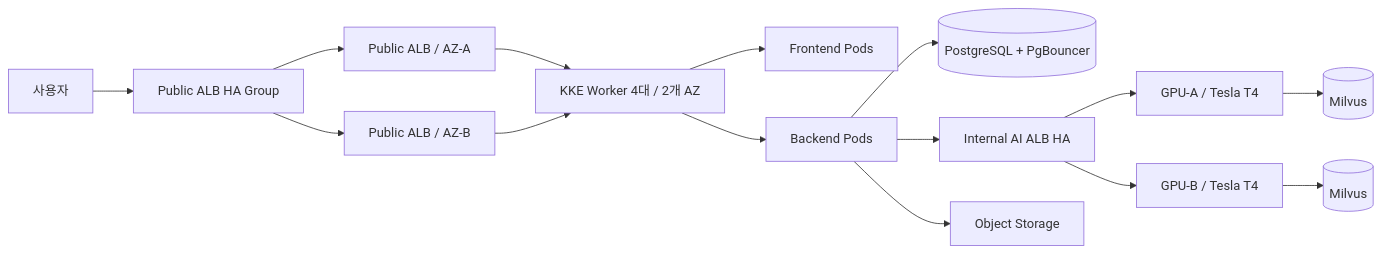
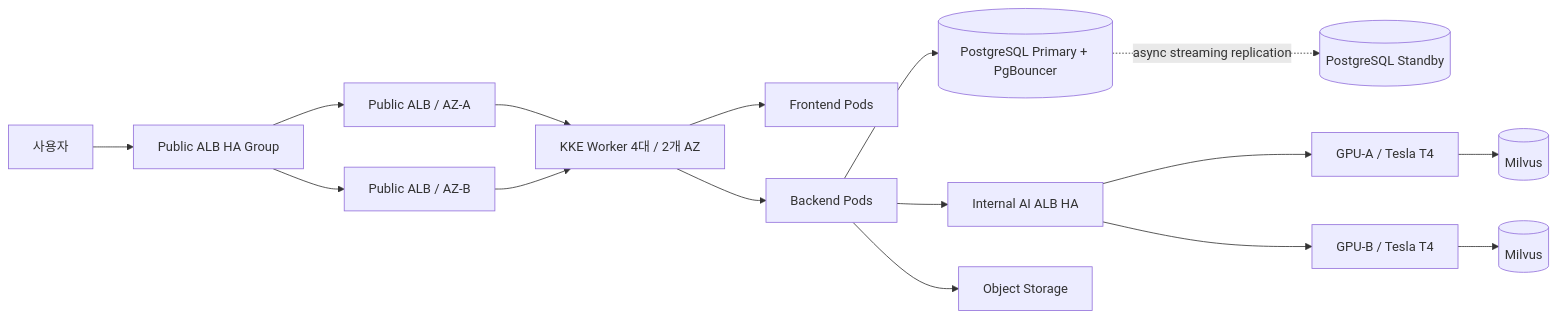
The diagram in README.md (dnddlek8275/Musubi-Movie-Recommended-Site), drawn with Mermaid before and after one commit. The commit also changed other lines of this file and 41 other files, not shown here.

````diff
--- a/README.md
+++ b/README.md
@@ -26,17 +26,18 @@
 ```mermaid
 flowchart LR
     U[사용자] --> PH[Public ALB HA Group]
     PH --> PA[Public ALB / AZ-A]
     PH --> PB[Public ALB / AZ-B]
     PA --> K[KKE Worker 4대 / 2개 AZ]
     PB --> K
     K --> F[Frontend Pods]
     K --> B[Backend Pods]
-    B --> DB[(PostgreSQL + PgBouncer)]
+    B --> DBP[(PostgreSQL Primary + PgBouncer)]
+    DBP -. async streaming replication .-> DBS[(PostgreSQL Standby)]
     B --> AH[Internal AI ALB HA]
     AH --> GA[GPU-A / Tesla T4]
     AH --> GB[GPU-B / Tesla T4]
     GA --> MA[(Milvus)]
     GB --> MB[(Milvus)]
     B --> O[Object Storage]
 ```
````
